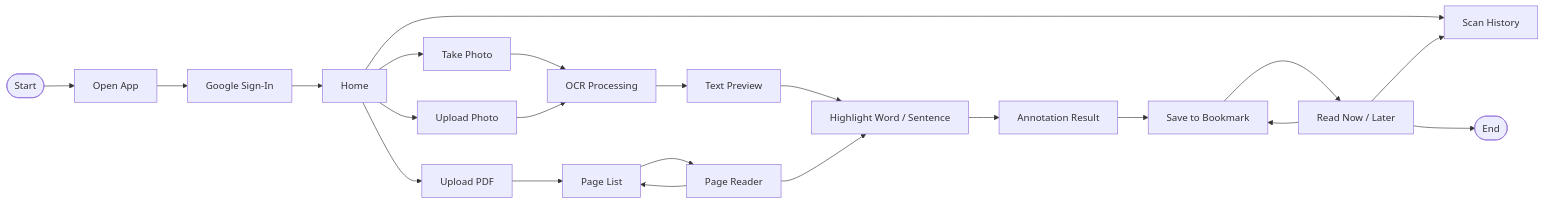
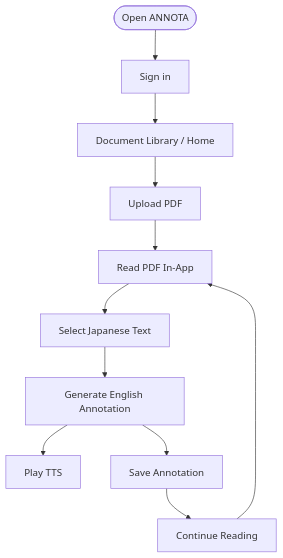
One commit to ventodeco/annota-gemini-hackathon-3 changed the first of 3 diagrams in docs/prd.md. Above: the diagram before and after it, drawn with Mermaid. The commit also changed other lines of this file and 3 other files, not shown here.

````diff
--- a/docs/prd.md
+++ b/docs/prd.md
@@ -122,33 +217,13 @@
 ```mermaid
-graph LR
-    Start([Start]) --> OpenApp[Open App]
-    OpenApp --> GoogleSignIn[Google Sign-In]
-    GoogleSignIn --> Home[Home]
-
-    Home --> ScanHistory[Scan History]
-    Home --> TakePhoto[Take Photo]
-    Home --> UploadPhoto[Upload Photo]
-    Home --> UploadPDF[Upload PDF]
-
-    TakePhoto --> OCR[OCR Processing]
-    UploadPhoto --> OCR
-
-    OCR --> TextPreview[Text Preview]
-
-    UploadPDF --> PageList[Page List]
-    PageList --> PageReader[Page Reader]
-
-    TextPreview --> Highlight[Highlight Word / Sentence]
-    PageReader --> Highlight
-
-    Highlight --> Annotation[Annotation Result]
-    Annotation --> Bookmark[Save to Bookmark]
-    Bookmark --> Read[Read Now / Later]
-
-    Read --> End([End])
-
-    %% Optional Loops
-    Read --> Bookmark
-    Read --> ScanHistory
-    PageReader --> PageList
+graph TD
+    Start([Open ANNOTA]) --> SignIn[Sign in]
+    SignIn --> Library[Document Library / Home]
+    Library --> UploadPDF[Upload PDF]
+    UploadPDF --> Reader[Read PDF In-App]
+    Reader --> Select[Select Japanese Text]
+    Select --> Explain[Generate English Annotation]
+    Explain --> Listen[Play TTS]
+    Explain --> Save[Save Annotation]
+    Save --> Continue[Continue Reading]
+    Continue --> Reader
 ```
````
